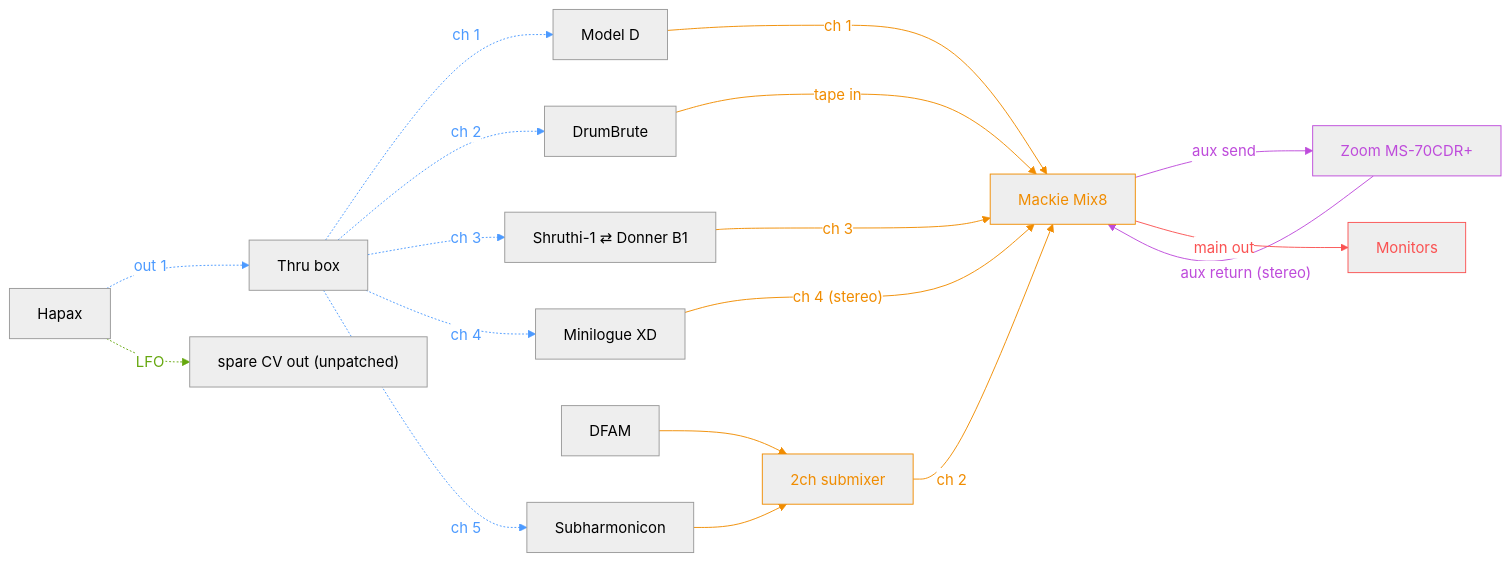
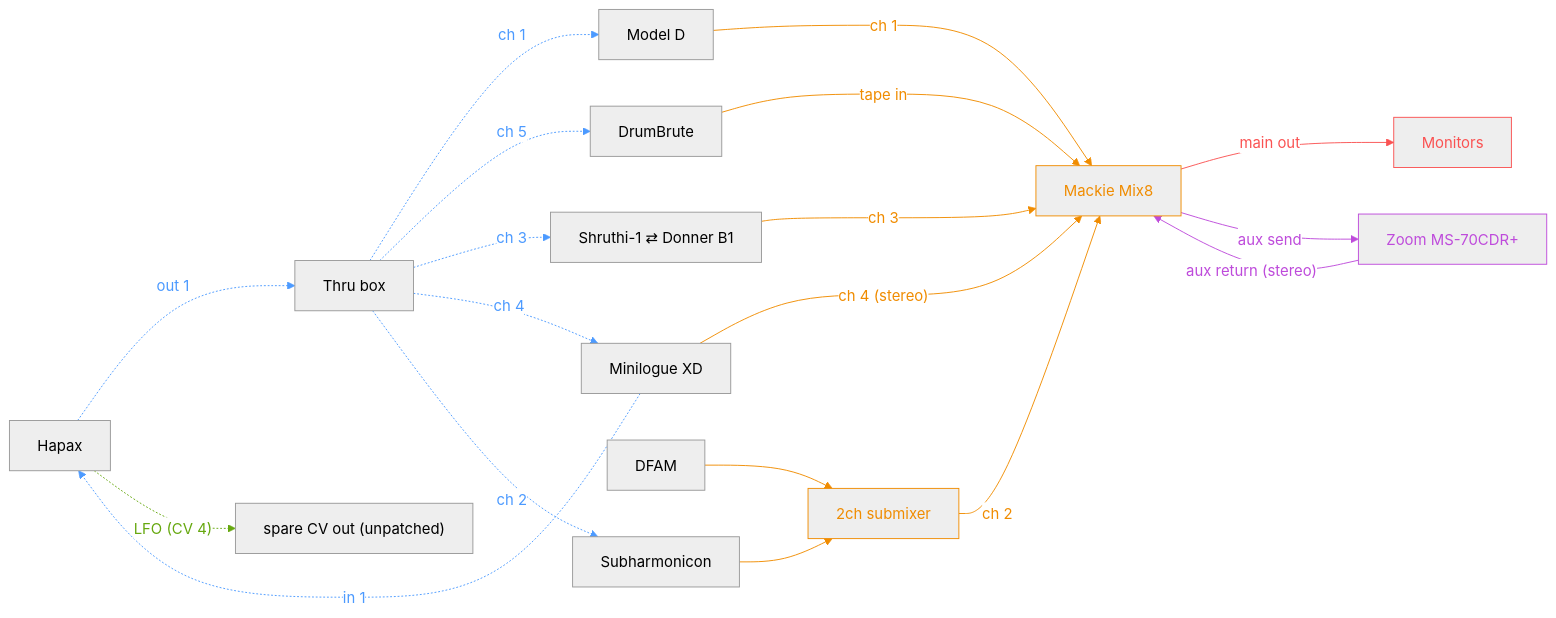
Before and after one commit to saponace/synth-setup: the diagram in README.md, drawn with Mermaid. The commit also changed other lines of this file, not shown here.

````diff
--- a/README.md
+++ b/README.md
@@ -1,74 +1,75 @@
 ```mermaid
 ---
 config:
   theme: neutral
 ---
 flowchart LR
     %% ----- One color per connection group -----
     classDef midi stroke:#4c9aff,color:#4c9aff
     classDef cv stroke:#66a80f,color:#66a80f
     classDef mixer stroke:#f08c00,color:#f08c00
     classDef fx stroke:#be4bdb,color:#be4bdb
     classDef monitoring stroke:#fa5252,color:#fa5252
 
     %% ===== Sequencer brain =====
     HAPAX["Hapax"]
     SPLIT["Thru box"]
     SPARECV["spare CV out (unpatched)"]
 
     %% ===== Synths =====
     MODELD["Model D"]
     SWAP["Shruthi-1 ⇄ Donner B1"]
     XD["Minilogue XD"]
     DBI["DrumBrute"]
     DFAM["DFAM"]
     SUBH["Subharmonicon"]
 
     %% ===== Mixer / send  =====
     SUBMIX["2ch submixer"]:::mixer
     MIX["Mackie Mix8"]:::mixer
+    MON["Monitors"]:::monitoring
     ZOOM["Zoom MS-70CDR+"]:::fx
-    MON["Monitors"]:::monitoring
 
     %% invisible alignment aid: keeps the direct-to-mixer synths from
     %% drifting a column later than DFAM/Subharmonicon (whose longer
     %% path via the submixer otherwise pulls Mackie Mix8 further out)
     PAD[" "]
     style PAD fill:none,stroke:none
 
     %% ----- MIDI links -----
     HAPAX midi0@-. "out 1" .-> SPLIT
     SPLIT midi1@-. "ch 1" .-> MODELD
-    SPLIT midi2@-. "ch 2" .-> DBI
+    SPLIT midi2@-. "ch 5" .-> DBI
     SPLIT midi3@-. "ch 3" .-> SWAP
     SPLIT midi4@-. "ch 4" .-> XD
-    SPLIT midi5@-. "ch 5" .-> SUBH
-    class midi0,midi1,midi2,midi3,midi4,midi5 midi
+    SPLIT midi5@-. "ch 2" .-> SUBH
+    XD midi6@-. "in 1" .-> HAPAX
+    class midi0,midi1,midi2,midi3,midi4,midi5,midi6 midi
 
     %% ----- CV links (pitch/mod) -----
-    HAPAX cv1@-. "LFO" .-> SPARECV
+    HAPAX cv1@-. "LFO (CV 4)" .-> SPARECV
     class cv1 cv
 
     %% ----- Audio links -----
     DFAM audio1@--> SUBMIX
     SUBH audio2@--> SUBMIX
     MODELD audio3@-- "ch 1" --> MIX
     SUBMIX audio4@-- "ch 2" --> MIX
     SWAP audio5@-- "ch 3" --> MIX
     XD audio6@-- "ch 4 (stereo)" --> MIX
     DBI audio7@-- "tape in" --> MIX
     class audio1,audio2,audio3,audio4,audio5,audio6,audio7 mixer
 
     MODELD ~~~ PAD
     SWAP ~~~ PAD
     XD ~~~ PAD
     DBI ~~~ PAD
     PAD ~~~ MIX
 
+    MIX out@-- "main out" --> MON
+    class out monitoring
+
     MIX fxSend@-- "aux send" --> ZOOM
     ZOOM fxReturn@-- "aux return (stereo)" --> MIX
     class fxSend,fxReturn fx
-
-    MIX out@-- "main out" --> MON
-    class out monitoring
 ```
````
